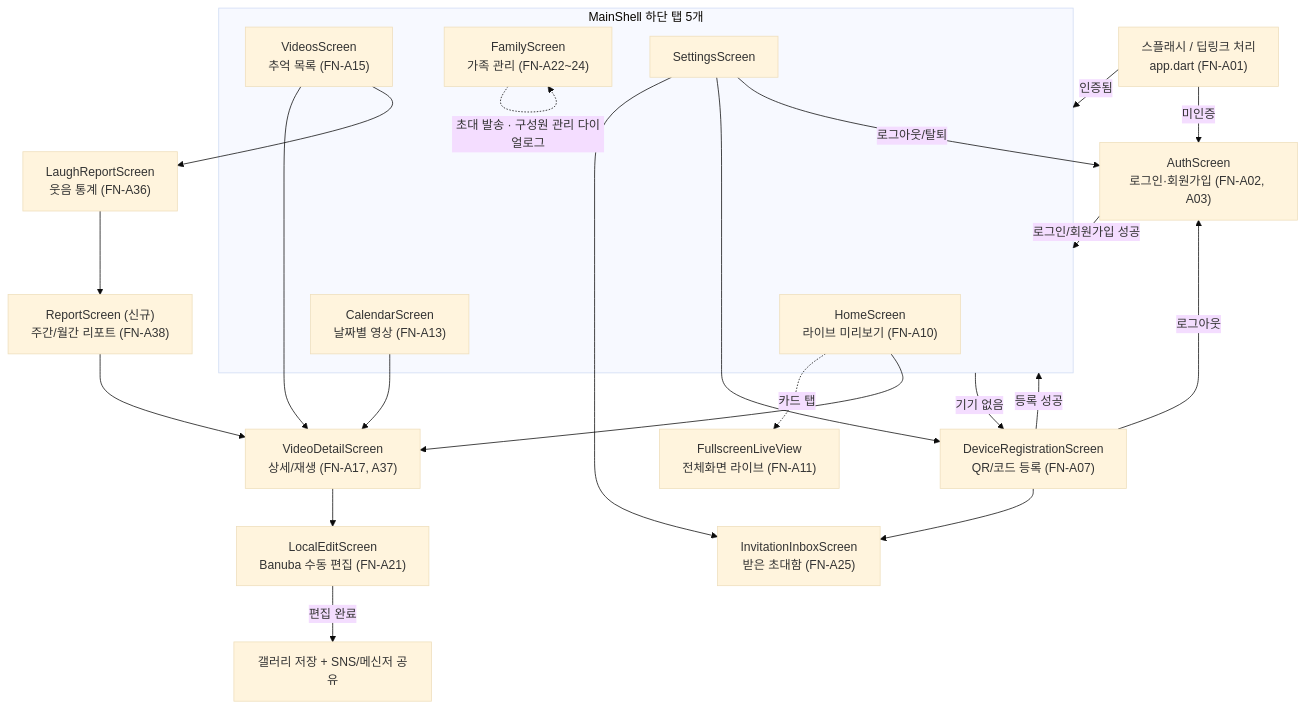
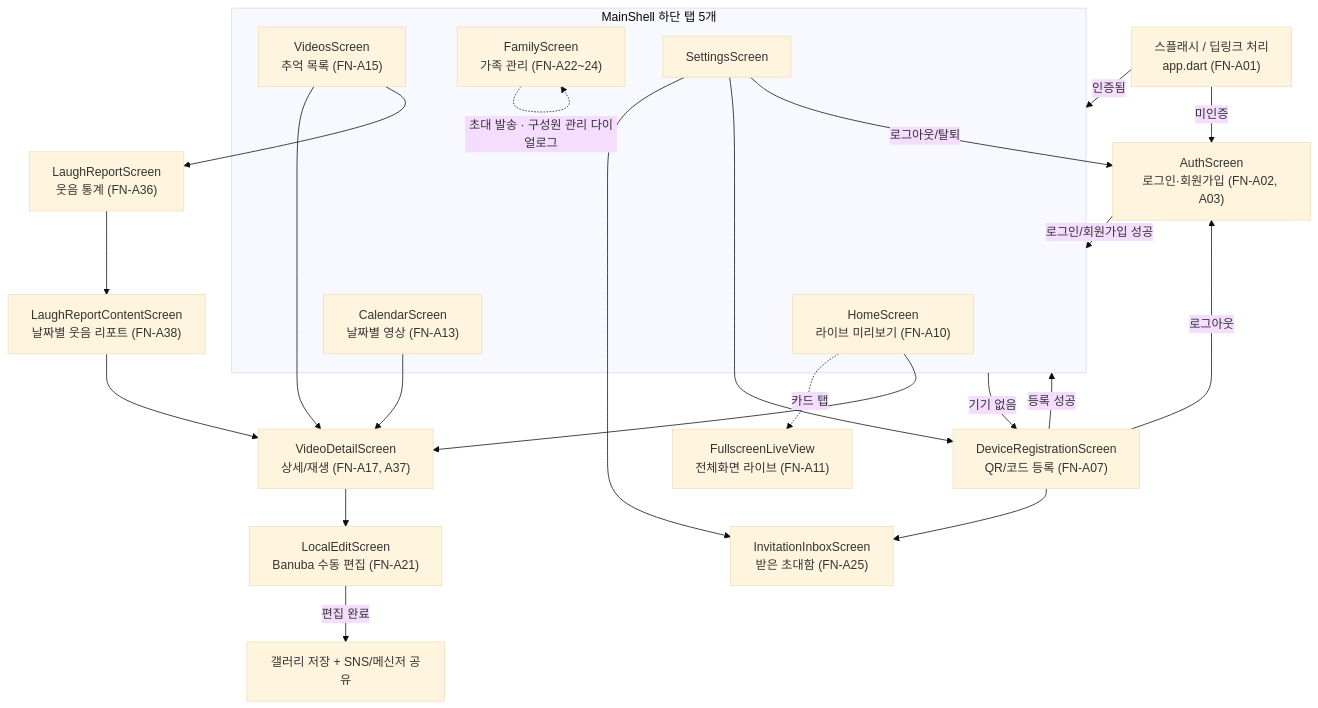
One commit to limbs-han/Bbanggeut changed the diagram in 자료/docs/사람이 읽을 문서/03-기능명세서.md. Above: the diagram before and after it, drawn with Mermaid (base theme). The commit also changed other lines of this file and 8 other files, not shown here.

````diff
--- a/자료/docs/사람이 읽을 문서/03-기능명세서.md
+++ b/자료/docs/사람이 읽을 문서/03-기능명세서.md
@@ -17,36 +17,36 @@
 ```mermaid
 flowchart TD
     Splash["스플래시 / 딥링크 처리\napp.dart (FN-A01)"] -->|미인증| Auth["AuthScreen\n로그인·회원가입 (FN-A02, A03)"]
     Splash -->|인증됨| Shell["MainShell (FN-A06)"]
 
     Auth -->|로그인/회원가입 성공| Shell
     Shell -->|기기 없음| DeviceReg["DeviceRegistrationScreen\nQR/코드 등록 (FN-A07)"]
     DeviceReg -->|등록 성공| Shell
     DeviceReg --> InvInbox["InvitationInboxScreen\n받은 초대함 (FN-A25)"]
     DeviceReg -->|로그아웃| Auth
 
     subgraph Shell["MainShell 하단 탭 5개"]
         Home["HomeScreen\n라이브 미리보기 (FN-A10)"]
         Calendar["CalendarScreen\n날짜별 영상 (FN-A13)"]
         Videos["VideosScreen\n추억 목록 (FN-A15)"]
         Family["FamilyScreen\n가족 관리 (FN-A22~24)"]
         Settings["SettingsScreen"]
     end
 
     Home -. 카드 탭 .-> FullscreenLive["FullscreenLiveView\n전체화면 라이브 (FN-A11)"]
     Home --> VideoDetail["VideoDetailScreen\n상세/재생 (FN-A17, A37)"]
     Calendar --> VideoDetail
     Videos --> VideoDetail
     Videos --> LaughReport["LaughReportScreen\n웃음 통계 (FN-A36)"]
-    LaughReport --> ReportScreen["ReportScreen (신규)\n주간/월간 리포트 (FN-A38)"]
+    LaughReport --> ReportScreen["LaughReportContentScreen\n날짜별 웃음 리포트 (FN-A38)"]
     ReportScreen --> VideoDetail
 
     VideoDetail --> LocalEdit["LocalEditScreen\nBanuba 수동 편집 (FN-A21)"]
     LocalEdit -->|편집 완료| Gallery["갤러리 저장 + SNS/메신저 공유"]
 
     Settings --> InvInbox
     Settings --> DeviceReg
     Settings -->|로그아웃/탈퇴| Auth
 
     Family -.->|초대 발송 · 구성원 관리 다이얼로그| Family
 ```
````
